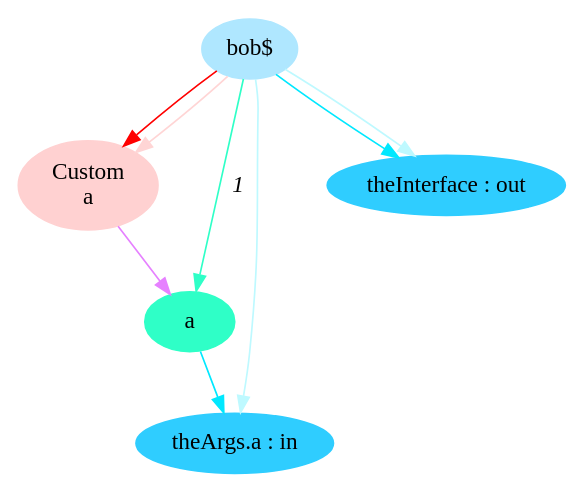
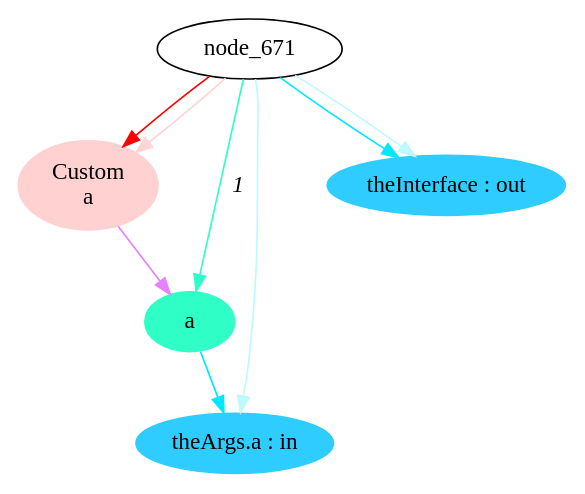
The diagram in lidl-core/example/ok/arguments/dot/4linkInteractionsToDefinitions1.dot (crubier/lidl), drawn with Graphviz before and after one commit. The commit also changed 603 other files, not shown here.

```diff
--- a/lidl-core/example/ok/arguments/dot/4linkInteractionsToDefinitions1.dot
+++ b/lidl-core/example/ok/arguments/dot/4linkInteractionsToDefinitions1.dot
@@ -1,15 +1,14 @@
 digraph g{node_683 [shape="ellipse", style="filled", color="#ffd1d1", fontname="Times", label="Custom
 a" ]
-node_671 [shape="ellipse", style="filled", color="#afe7ff", fontname="Times", label="bob$" ]
 node_672 [shape="ellipse", style="filled", color="#2fffc7", fontname="Times", label="a" ]
 node_673 [shape="ellipse", style="filled", color="#2fcdff", fontname="Times", label="theArgs.a : in" ]
 node_677 [shape="ellipse", style="filled", color="#2fcdff", fontname="Times", label="theInterface : out" ]
 node_671 -> node_683 [dir=forward, arrowHead=normal, fontname="Times-Italic", arrowsize=1, color="#ff0000", label="",  headlabel="", taillabel="" ]
 node_671 -> node_683 [dir=forward, arrowHead=normal, fontname="Times-Italic", arrowsize=1, color="#ffd5d5", label="",  headlabel="", taillabel="" ]
 node_671 -> node_672 [dir=forward, arrowHead=normal, fontname="Times-Italic", arrowsize=1, color="#2fffc7", label="1",  headlabel="", taillabel="" ]
 node_672 -> node_673 [dir=forward, arrowHead=normal, fontname="Times-Italic", arrowsize=1, color="#00e8ff", label="",  headlabel="", taillabel="" ]
 node_671 -> node_677 [dir=forward, arrowHead=normal, fontname="Times-Italic", arrowsize=1, color="#00e8ff", label="",  headlabel="", taillabel="" ]
 node_671 -> node_673 [dir=forward, arrowHead=normal, fontname="Times-Italic", arrowsize=1, color="#bef9ff", label="",  headlabel="", taillabel="" ]
 node_671 -> node_677 [dir=forward, arrowHead=normal, fontname="Times-Italic", arrowsize=1, color="#bef9ff", label="",  headlabel="", taillabel="" ]
 node_683 -> node_672 [dir=forward, arrowHead=normal, fontname="Times-Italic", arrowsize=1, color="#e681ff", label="",  headlabel="", taillabel="" ]
 }
```
